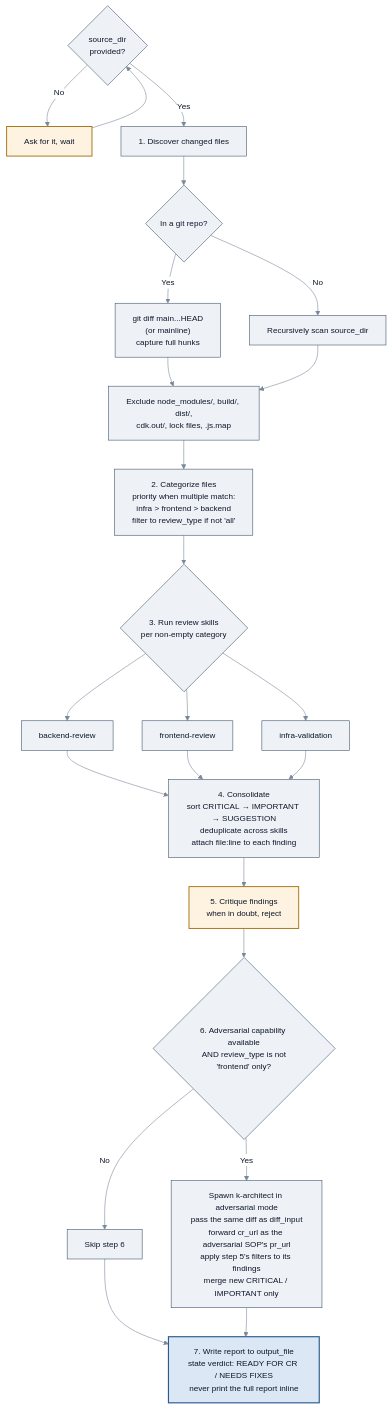
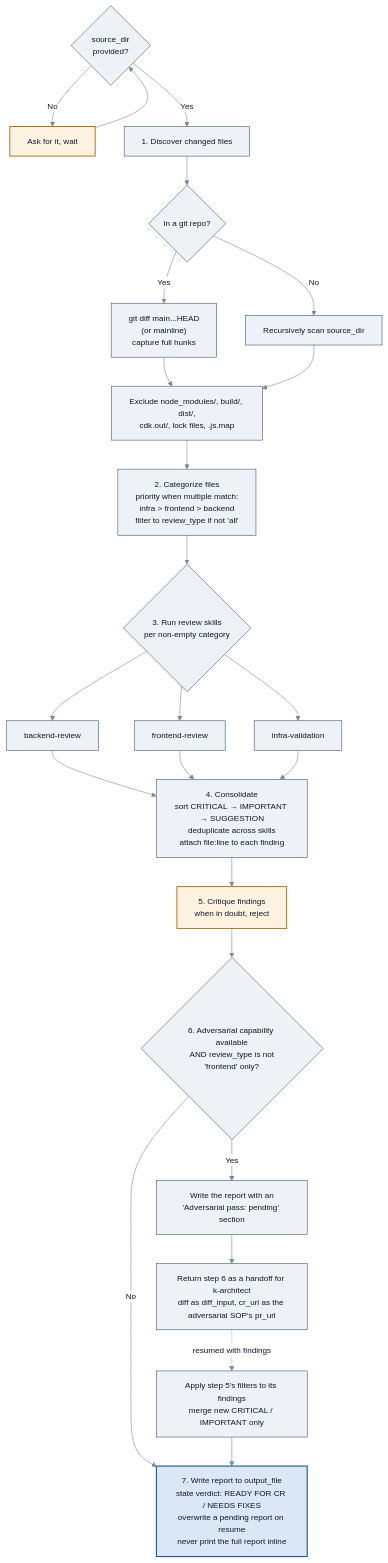
One commit to aws-solutions/konductor changed the first of 4 diagrams in docs/user-guide/sop-workflows/code-review.md. Above: the diagram before and after it, drawn with Mermaid. The commit also changed other lines of this file and 17 other files, not shown here.

First line of the commit message:
feat(synth): one spawn-policy module; step 6 handoff writes the report first

````diff
--- a/docs/user-guide/sop-workflows/code-review.md
+++ b/docs/user-guide/sop-workflows/code-review.md
@@ -55,43 +55,43 @@
 ```mermaid
 %%{init:{'theme':'base','themeVariables':{'fontSize':'14px','primaryColor':'#eef2f7','primaryTextColor':'#0f172a','primaryBorderColor':'#40556e','lineColor':'#7a8899','textColor':'#0f172a','edgeLabelBackground':'#ffffff','clusterBkg':'#fafbfc','clusterBorder':'#c9d2dc'}}}%%
 flowchart TD
     P{"source_dir<br/>provided?"} -->|No| Ask["Ask for it, wait"]
     Ask --> P
     P -->|Yes| S1
 
     S1["1. Discover changed files"]
     S1 --> Git{"In a git repo?"}
     Git -->|Yes| GD["git diff main...HEAD<br/>(or mainline)<br/>capture full hunks"]
     Git -->|No| Scan["Recursively scan source_dir"]
     GD --> Ex
     Scan --> Ex["Exclude node_modules/, build/, dist/,<br/>cdk.out/, lock files, .js.map"]
 
     Ex --> S2["2. Categorize files<br/>priority when multiple match:<br/>infra > frontend > backend<br/>filter to review_type if not 'all'"]
 
     S2 --> S3{"3. Run review skills<br/>per non-empty category"}
     S3 --> RB["backend-review"]
     S3 --> RF["frontend-review"]
     S3 --> RI["infra-validation"]
 
     RB --> S4
     RF --> S4
     RI --> S4
 
     S4["4. Consolidate<br/>sort CRITICAL → IMPORTANT → SUGGESTION<br/>deduplicate across skills<br/>attach file:line to each finding"]
     S4 --> S5["5. Critique findings<br/>when in doubt, reject"]
 
     S5 --> S6{"6. Adversarial capability available<br/>AND review_type is not<br/>'frontend' only?"}
-    S6 -->|No| Skip["Skip step 6"]
-    S6 -->|Yes| Adv["Spawn k-architect in adversarial mode<br/>pass the same diff as diff_input<br/>forward cr_url as the adversarial SOP's pr_url<br/>apply step 5's filters to its findings<br/>merge new CRITICAL / IMPORTANT only"]
+    S6 -->|No| S7
+    S6 -->|Yes| Pending["Write the report with an<br/>'Adversarial pass: pending' section"]
+    Pending --> Hand["Return step 6 as a handoff for k-architect<br/>diff as diff_input, cr_url as the adversarial SOP's pr_url"]
+    Hand -.->|"resumed with findings"| Merge["Apply step 5's filters to its findings<br/>merge new CRITICAL / IMPORTANT only"]
+    Merge --> S7
 
-    Skip --> S7
-    Adv --> S7
-
-    S7["7. Write report to output_file<br/>state verdict: READY FOR CR / NEEDS FIXES<br/>never print the full report inline"]
+    S7["7. Write report to output_file<br/>state verdict: READY FOR CR / NEEDS FIXES<br/>overwrite a pending report on resume<br/>never print the full report inline"]
 
     class Ask,S5 gate
     class S7 focus
 
     classDef gate fill:#fdf3e0,stroke:#a06800,stroke-width:1.5px,color:#0f172a;
     classDef focus fill:#dbe7f5,stroke:#2a5d8f,stroke-width:2px,color:#0f172a;
 ```
````
